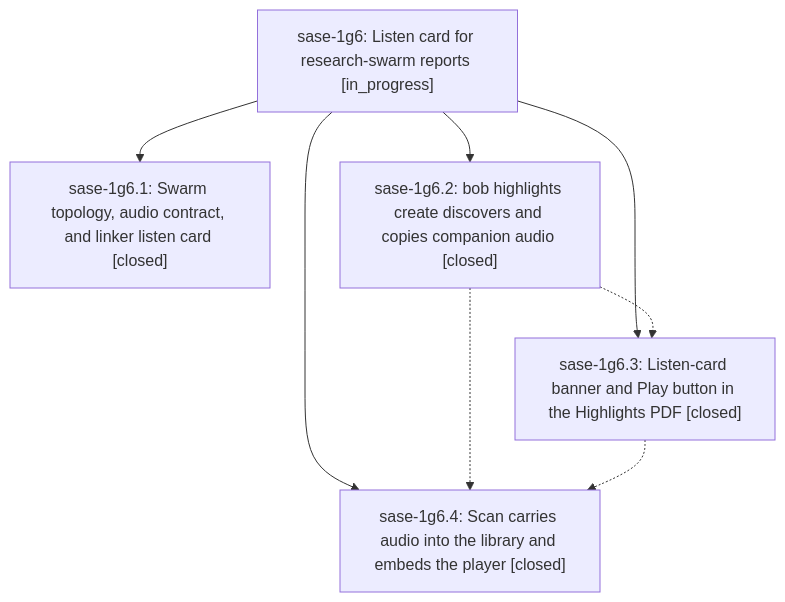
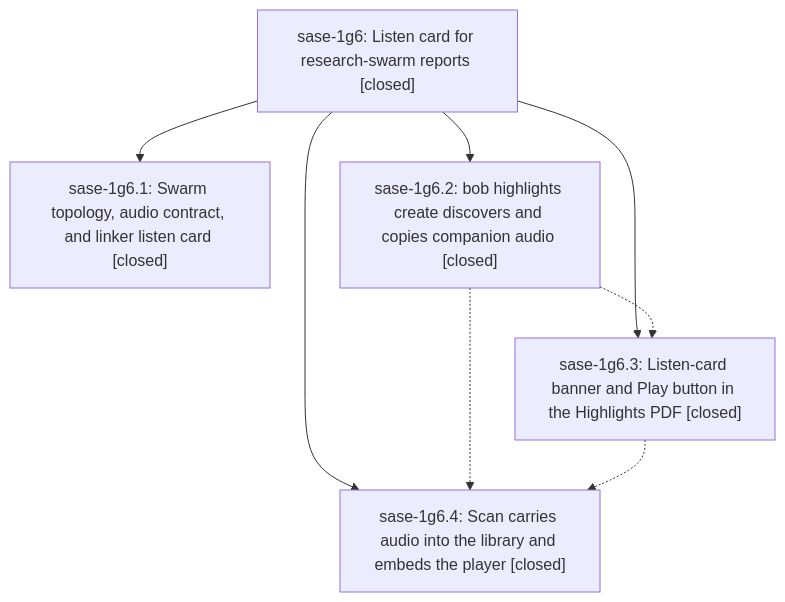
The diagram in pages/sase-1g6/README.md (sase-org/sase--beads), drawn with Mermaid before and after one commit. The commit also changed other lines of this file and 4 other files, not shown here.

````diff
--- a/pages/sase-1g6/README.md
+++ b/pages/sase-1g6/README.md
@@ -37,15 +63,15 @@
 ```mermaid
 flowchart TD
-    n0["sase-1g6: Listen card for research-swarm reports [in_progress]"]
+    n0["sase-1g6: Listen card for research-swarm reports [closed]"]
     n1["sase-1g6.1: Swarm topology, audio contract, and linker listen card [closed]"]
     n2["sase-1g6.2: bob highlights create discovers and copies companion audio [closed]"]
     n3["sase-1g6.3: Listen-card banner and Play button in the Highlights PDF [closed]"]
     n4["sase-1g6.4: Scan carries audio into the library and embeds the player [closed]"]
     n0 --> n1
     n0 --> n2
     n0 --> n3
     n0 --> n4
     n2 -.-> n3
     n2 -.-> n4
     n3 -.-> n4
 ```
````
